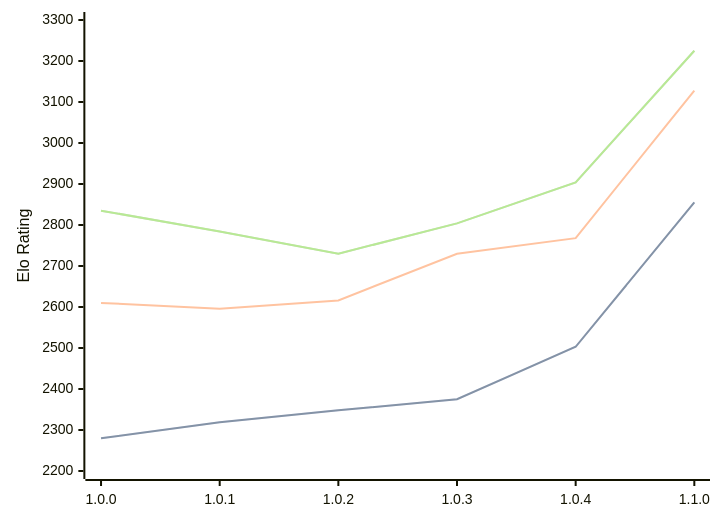
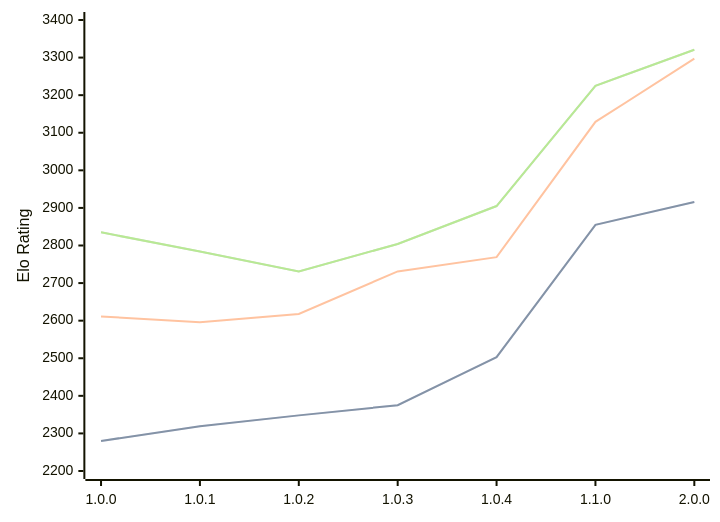
The diagram in engines/Grail.md (computer-chess-index/cci), drawn with Mermaid before and after one commit. The commit also changed other lines of this file, not shown here.

Commit message:
Update CCI Ratings (ELO VLTC) - 2026-05-12

````diff
--- a/engines/Grail.md
+++ b/engines/Grail.md
@@ -36,11 +37,11 @@
 ```mermaid
 %%{init: {"theme":"base","themeVariables":{"seriesColors:['#a3a3a3','#222221','#faa371']}}}%%
 xychart-beta
-  x-axis ["1.0.0", "1.0.1", "1.0.2", "1.0.3", "1.0.4", "1.1.0"]
-  y-axis "Elo Rating" 2200 --> 3300
-  line "STC (8.0+0.08s)" [2280, 2319, 2348, 2375, 2503, 2855]
-  line "STC (8.0+0.08s)" [2280, 2319, 2348, 2375, 2503, 2855]
-  line "LTC (60.0+0.60s)" [2610, 2596, 2616, 2730, 2768, 3128]
-  line "VLTC (2m24s+1.12s)" [2835, 2784, 2730, 2804, 2904, 3225]
-  line "VLTC (2m24s+1.12s)" [2835, 2784, 2730, 2804, 2904, 3225]
+  x-axis ["1.0.0", "1.0.1", "1.0.2", "1.0.3", "1.0.4", "1.1.0", "2.0.0"]
+  y-axis "Elo Rating" 2200 --> 3400
+  line "STC (8.0+0.08s)" [2280, 2319, 2348, 2375, 2503, 2855, 2916]
+  line "STC (8.0+0.08s)" [2280, 2319, 2348, 2375, 2503, 2855, 2916]
+  line "LTC (60.0+0.60s)" [2611, 2596, 2618, 2731, 2769, 3129, 3297]
+  line "VLTC (2m24s+1.12s)" [2835, 2784, 2731, 2804, 2905, 3225, 3321]
+  line "VLTC (2m24s+1.12s)" [2835, 2784, 2731, 2804, 2905, 3225, 3321]
 ```
````
